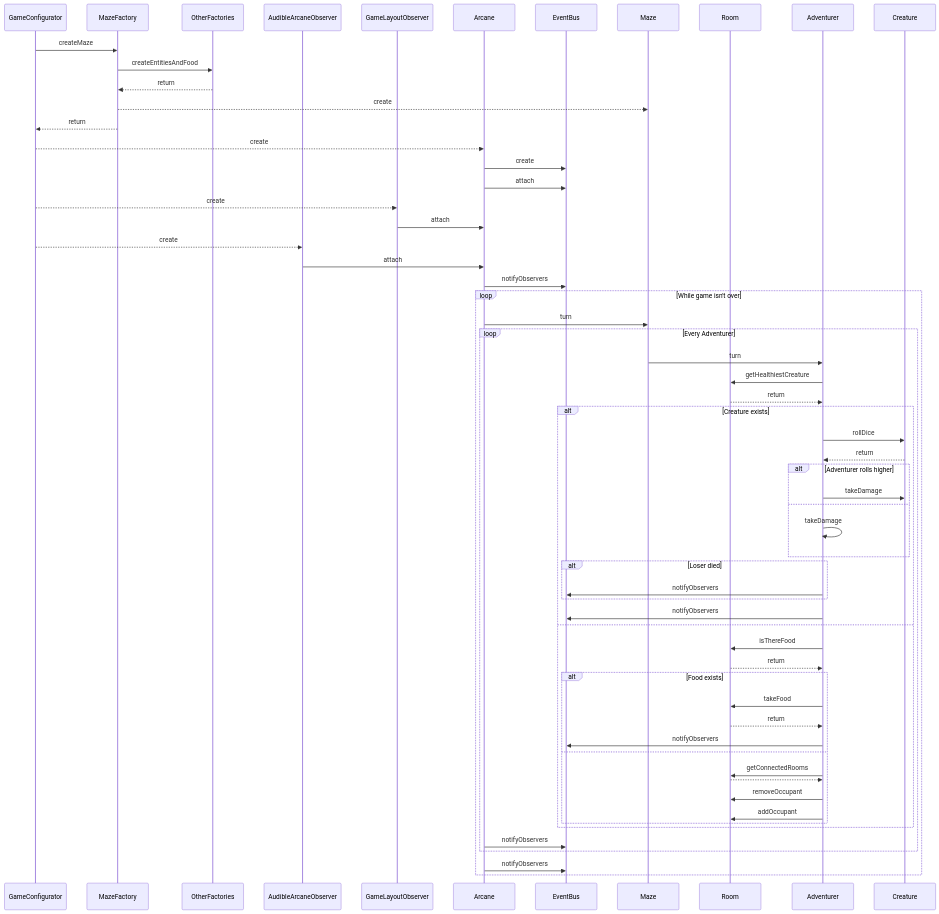
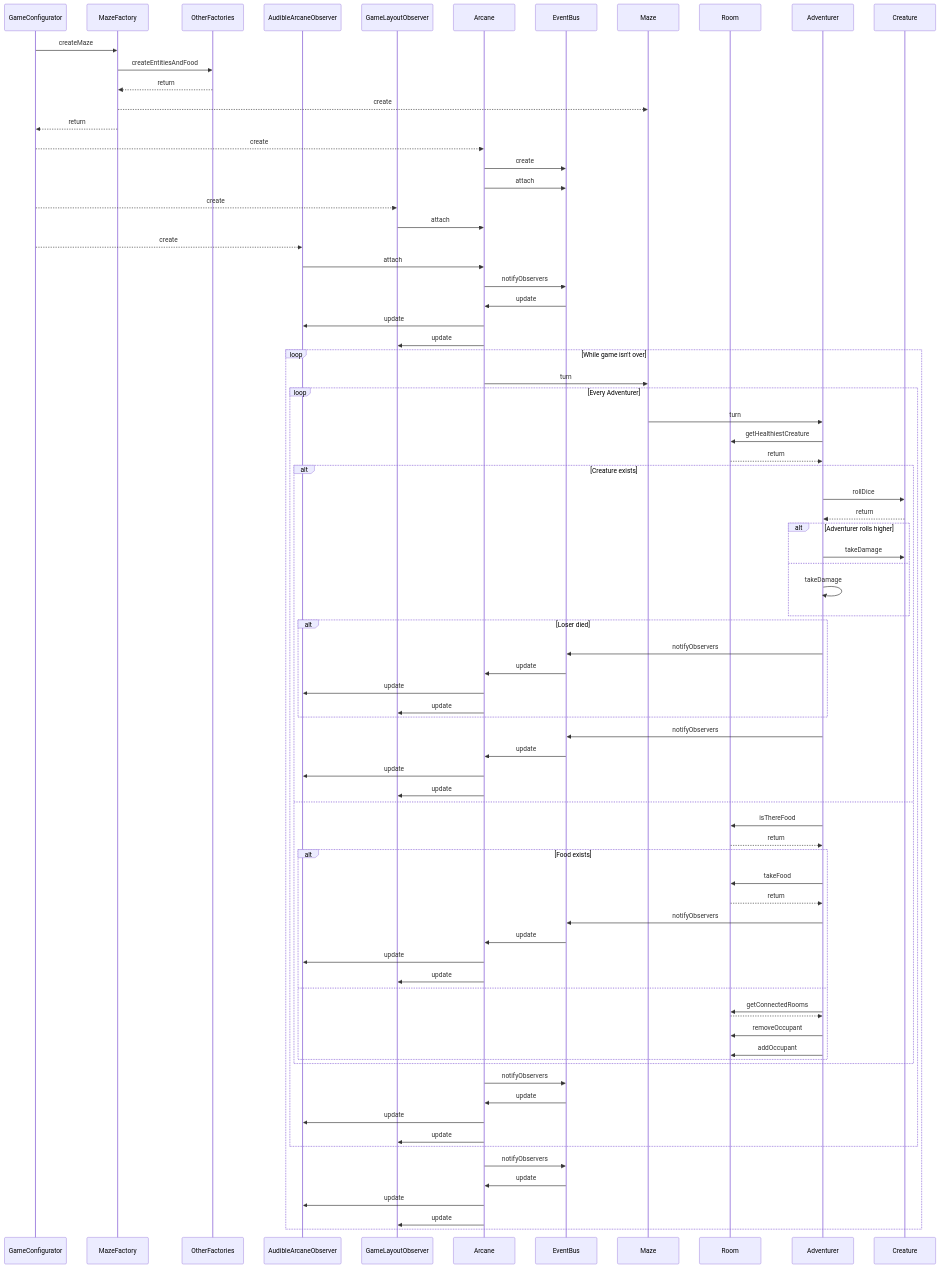
Before and after one commit to jonathancsci/csci4448-arcane-game: the second of 2 diagrams in README.md, drawn with Mermaid.

Commit message:
added full observer notification paths

````diff
--- a/README.md
+++ b/README.md
@@ -175,6 +175,9 @@
     AudibleArcaneObserver->>Arcane: attach
     
     Arcane->>EventBus: notifyObservers
+    EventBus->>Arcane: update
+    Arcane->>AudibleArcaneObserver: update
+    Arcane->>GameLayoutObserver: update
     loop While game isn't over
         Arcane->>Maze: turn
         loop Every Adventurer
@@ -191,8 +194,14 @@
                 end
                 alt Loser died
                     Adventurer->>EventBus: notifyObservers
+                    EventBus->>Arcane: update
+                    Arcane->>AudibleArcaneObserver: update
+                    Arcane->>GameLayoutObserver: update
                 end
                 Adventurer->>EventBus: notifyObservers
+                EventBus->>Arcane: update
+                Arcane->>AudibleArcaneObserver: update
+                Arcane->>GameLayoutObserver: update
             else
             Adventurer->>Room: isThereFood
             Room-->>Adventurer: return
@@ -200,6 +209,9 @@
                 Adventurer->>Room: takeFood
                 Room-->>Adventurer: return
                 Adventurer->>EventBus: notifyObservers
+                EventBus->>Arcane: update
+                Arcane->>AudibleArcaneObserver: update
+                Arcane->>GameLayoutObserver: update
             else
                 Adventurer->>Room: getConnectedRooms
                 Room-->>Adventurer: 
@@ -208,7 +220,13 @@
             end
         end
         Arcane->>EventBus: notifyObservers
+        EventBus->>Arcane: update
+        Arcane->>AudibleArcaneObserver: update
+        Arcane->>GameLayoutObserver: update
     end
     Arcane->>EventBus: notifyObservers
+    EventBus->>Arcane: update
+    Arcane->>AudibleArcaneObserver: update
+    Arcane->>GameLayoutObserver: update
 end
 ```
````
